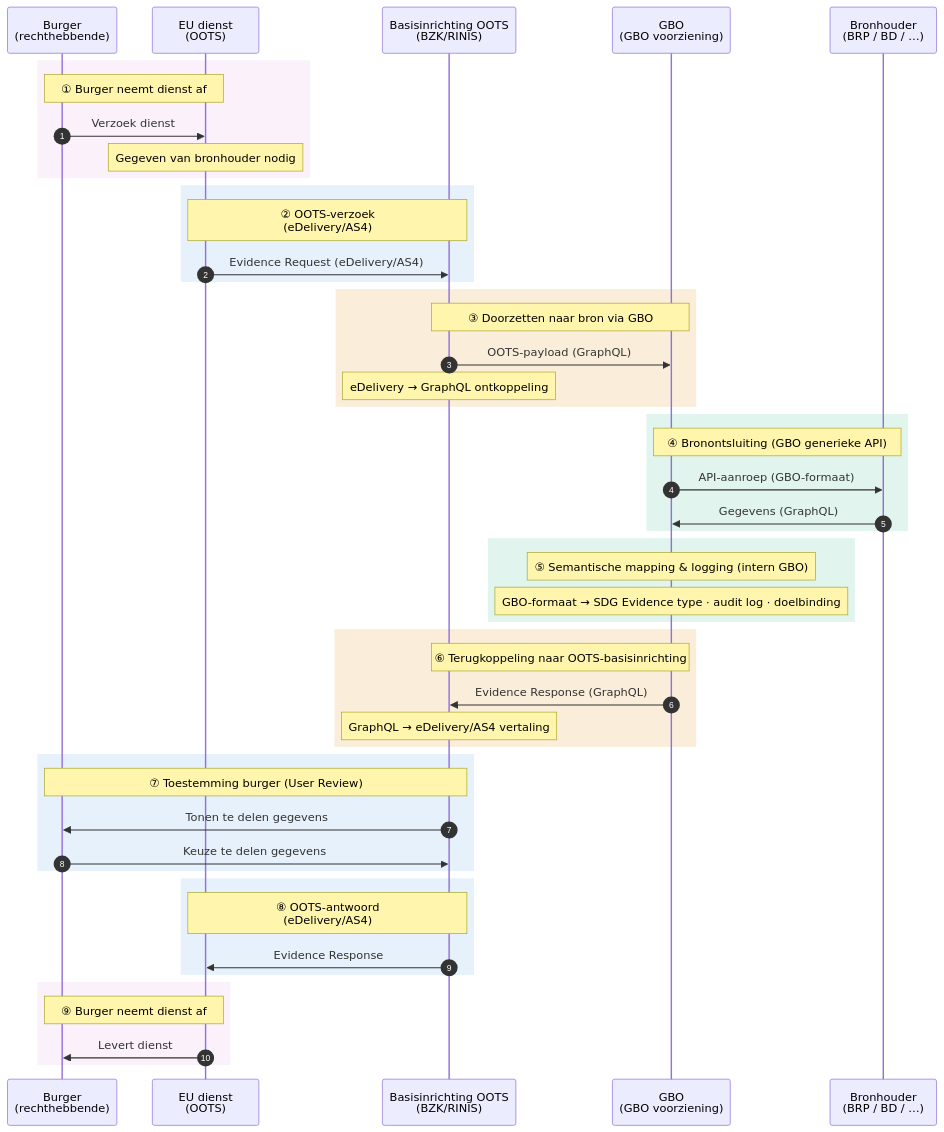
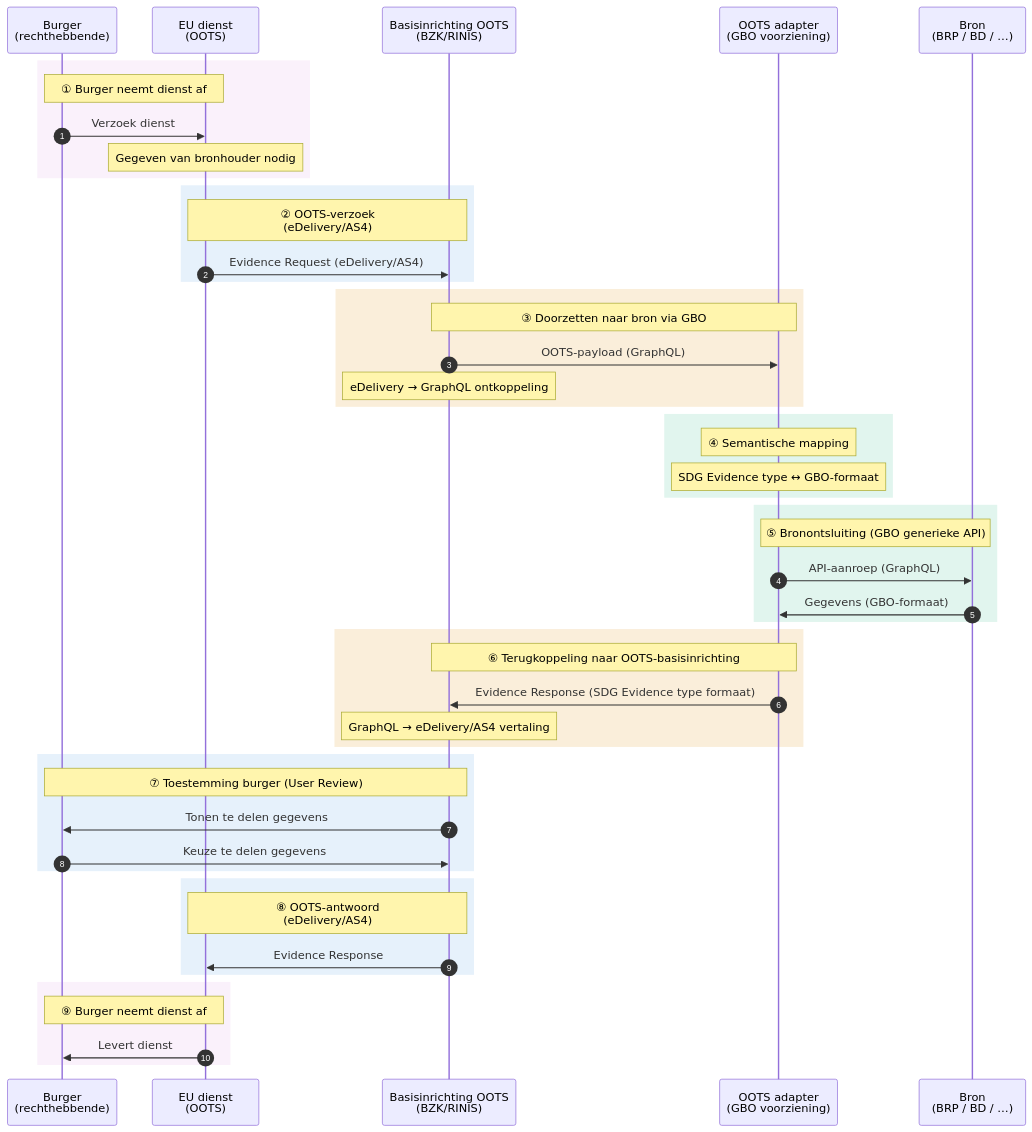
Before and after one commit to ICTU/GBO-GO: the diagram in main/diagrammen/interactiepatroon-OOTS-verzoek.mmd, drawn with Mermaid. The commit also changed 7 other files, not shown here.

```diff
--- a/main/diagrammen/interactiepatroon-OOTS-verzoek.mmd
+++ b/main/diagrammen/interactiepatroon-OOTS-verzoek.mmd
@@ -1,57 +1,57 @@
 sequenceDiagram
     autonumber
     participant BRG as Burger<br/>(rechthebbende)
     participant EU as EU dienst<br/>(OOTS)
     participant RINIS as Basisinrichting OOTS<br />(BZK/RINIS)
-    participant GBO as GBO<br/>(GBO voorziening)
-    participant BRH as Bronhouder<br/>(BRP / BD / …)
+    participant GBO as OOTS adapter<br/>(GBO voorziening)
+    participant BRH as Bron<br/>(BRP / BD / …)
 
     rect rgb(250, 241, 251)
         Note over BRG,EU: ① Burger neemt dienst af
         BRG->>EU: Verzoek dienst
         Note over EU: Gegeven van bronhouder nodig
     end
 
     rect rgb(230, 241, 251)
         Note over EU,RINIS: ② OOTS-verzoek<br />(eDelivery/AS4)
         EU->>RINIS: Evidence Request (eDelivery/AS4)
     end
 
     rect rgb(250, 238, 218)
         Note over RINIS,GBO: ③ Doorzetten naar bron via GBO
         RINIS->>GBO: OOTS-payload (GraphQL)
         Note over RINIS: eDelivery → GraphQL ontkoppeling
     end
 
     rect rgb(225, 245, 238)
-        Note over GBO,BRH: ④ Bronontsluiting (GBO generieke API)
-        GBO->>BRH: API-aanroep (GBO-formaat)
-        BRH->>GBO: Gegevens (GraphQL)
+        Note over GBO: ④ Semantische mapping
+        Note over GBO: SDG Evidence type ↔ GBO-formaat
     end
 
     rect rgb(225, 245, 238)
-        Note over GBO: ⑤ Semantische mapping & logging (intern GBO)
-        Note over GBO: GBO-formaat → SDG Evidence type · audit log · doelbinding
+        Note over GBO,BRH: ⑤ Bronontsluiting (GBO generieke API)
+        GBO->>BRH: API-aanroep (GraphQL)
+        BRH->>GBO: Gegevens (GBO-formaat)
     end
 
     rect rgb(250, 238, 218)
         Note over GBO,RINIS: ⑥ Terugkoppeling naar OOTS-basisinrichting
-        GBO->>RINIS: Evidence Response (GraphQL)
+        GBO->>RINIS: Evidence Response (SDG Evidence type formaat)
         Note over RINIS: GraphQL → eDelivery/AS4 vertaling
     end
 
     rect rgb(230, 241, 251)
         Note over RINIS,BRG: ⑦ Toestemming burger (User Review)
         RINIS->>BRG: Tonen te delen gegevens
         BRG->>RINIS: Keuze te delen gegevens
     end
 
     rect rgb(230, 241, 251)
         Note over EU,RINIS: ⑧ OOTS-antwoord<br />(eDelivery/AS4)
         RINIS->>EU: Evidence Response
     end
 
     rect rgb(250, 241, 251)
         Note over BRG,EU: ⑨ Burger neemt dienst af
         EU->>BRG: Levert dienst
     end
```
